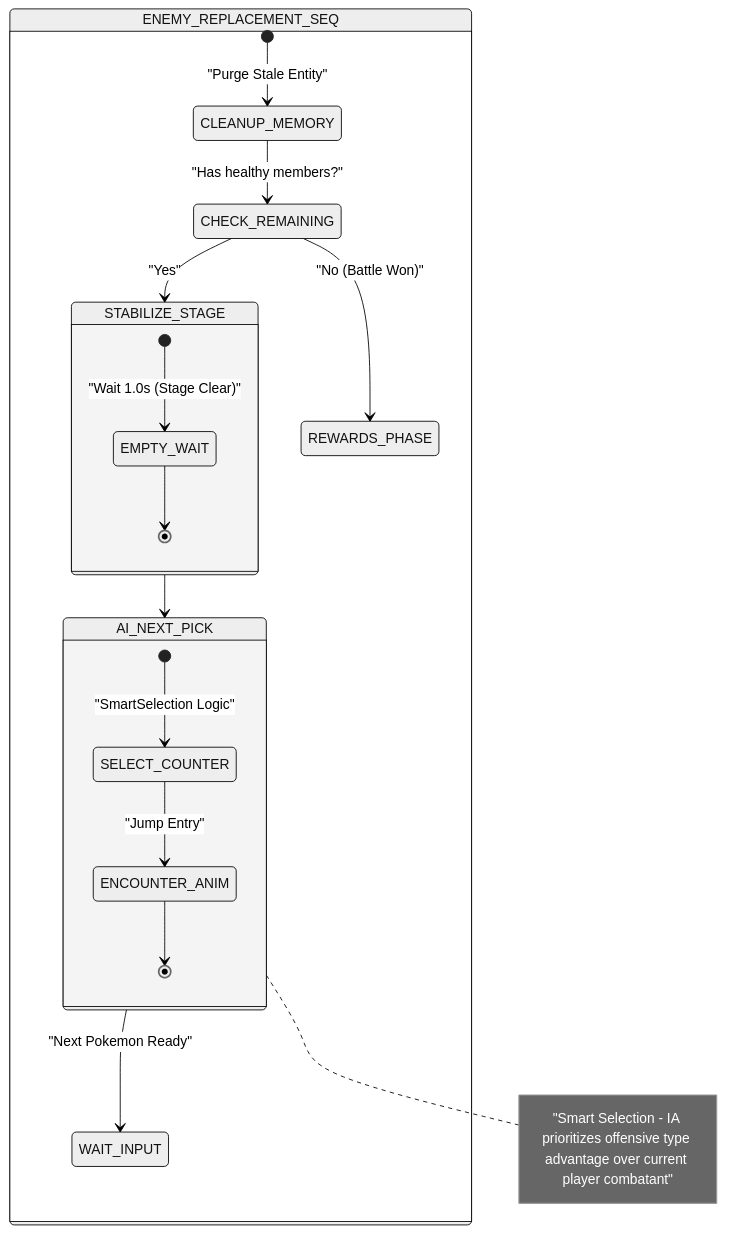
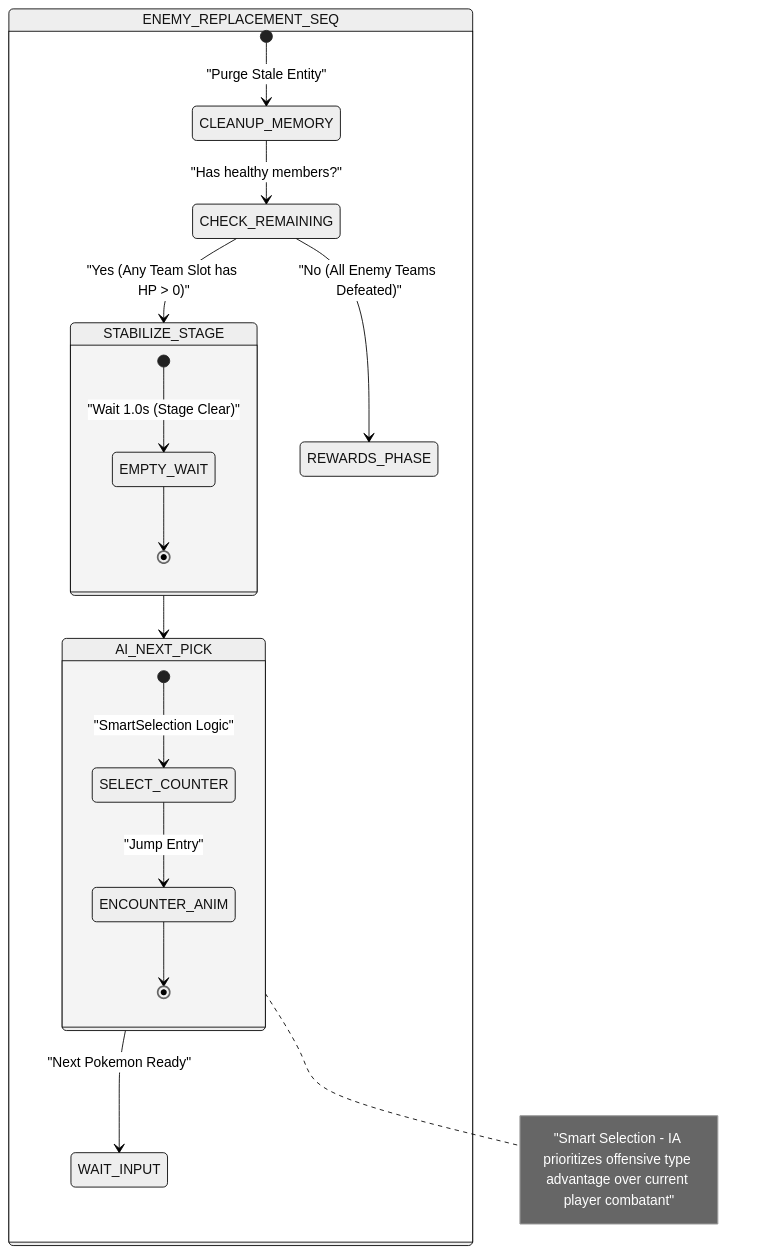
One commit to Darkham77/PokeBorrador changed the ninth of 18 diagrams in .agents/skills/project-standards/references/battle/battle_mechanics_manual.md. Above: the diagram before and after it, drawn with Mermaid (neutral theme). The commit also changed other lines of this file and 20 other files, not shown here.

````diff
--- a/.agents/skills/project-standards/references/battle/battle_mechanics_manual.md
+++ b/.agents/skills/project-standards/references/battle/battle_mechanics_manual.md
@@ -550,28 +528,28 @@
 ```mermaid
 stateDiagram-v2
     state ENEMY_REPLACEMENT_SEQ {
         [*] --> CLEANUP_MEMORY: "Purge Stale Entity"
         CLEANUP_MEMORY --> CHECK_REMAINING: "Has healthy members?"
         
         state CHECK_REMAINING <<choice>>
-        CHECK_REMAINING --> STABILIZE_STAGE: "Yes"
-        CHECK_REMAINING --> REWARDS_PHASE: "No (Battle Won)"
+        CHECK_REMAINING --> STABILIZE_STAGE: "Yes (Any Team Slot has HP > 0)"
+        CHECK_REMAINING --> REWARDS_PHASE: "No (All Enemy Teams Defeated)"
         
         state STABILIZE_STAGE {
             [*] --> EMPTY_WAIT: "Wait 1.0s (Stage Clear)"
             EMPTY_WAIT --> [*]
         }
         
         STABILIZE_STAGE --> AI_NEXT_PICK
         
         state AI_NEXT_PICK {
             [*] --> SELECT_COUNTER: "SmartSelection Logic"
             SELECT_COUNTER --> ENCOUNTER_ANIM : "Jump Entry"
             ENCOUNTER_ANIM --> [*]
         }
         
         AI_NEXT_PICK --> WAIT_INPUT: "Next Pokemon Ready"
     }
     
     note right of AI_NEXT_PICK : "Smart Selection - IA prioritizes offensive type advantage over current player combatant"
 ```
````
